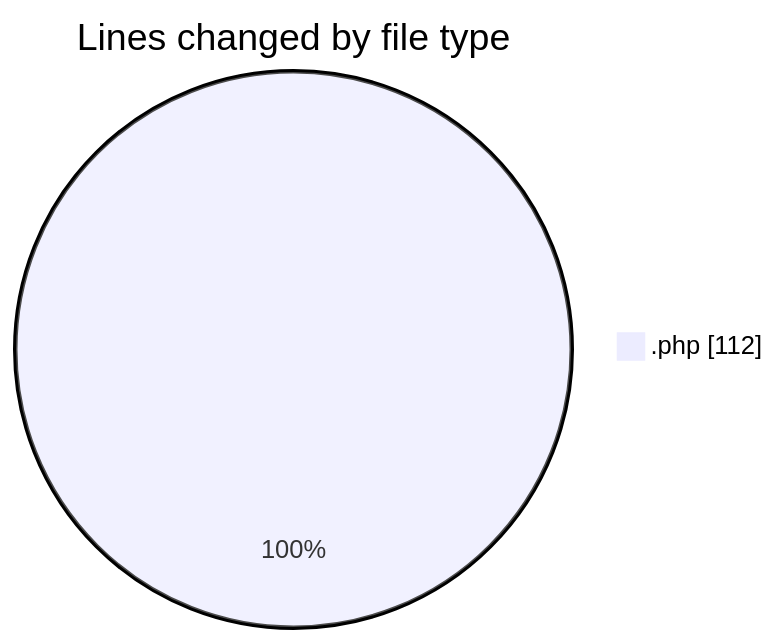
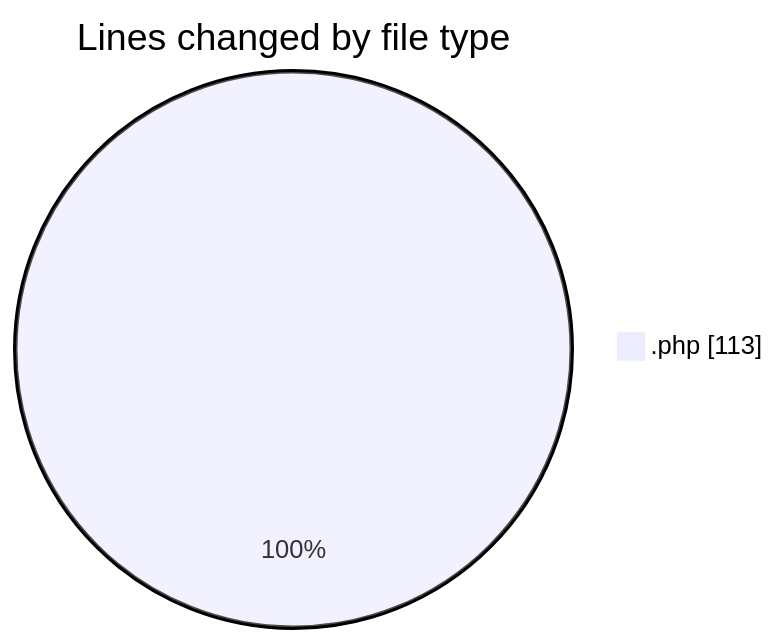
Before and after one commit to LanceThiago/code-tracking: the first of 2 diagrams in 2025-01-24/web/README.md, drawn with Mermaid. The commit also changed other lines of this file and 1 other file, not shown here.

````diff
--- a/2025-01-24/web/README.md
+++ b/2025-01-24/web/README.md
@@ -20,5 +20,5 @@
 ```mermaid
 pie showData
 title Lines changed by file type
-".php" : 112
+".php" : 113
 ```
````
